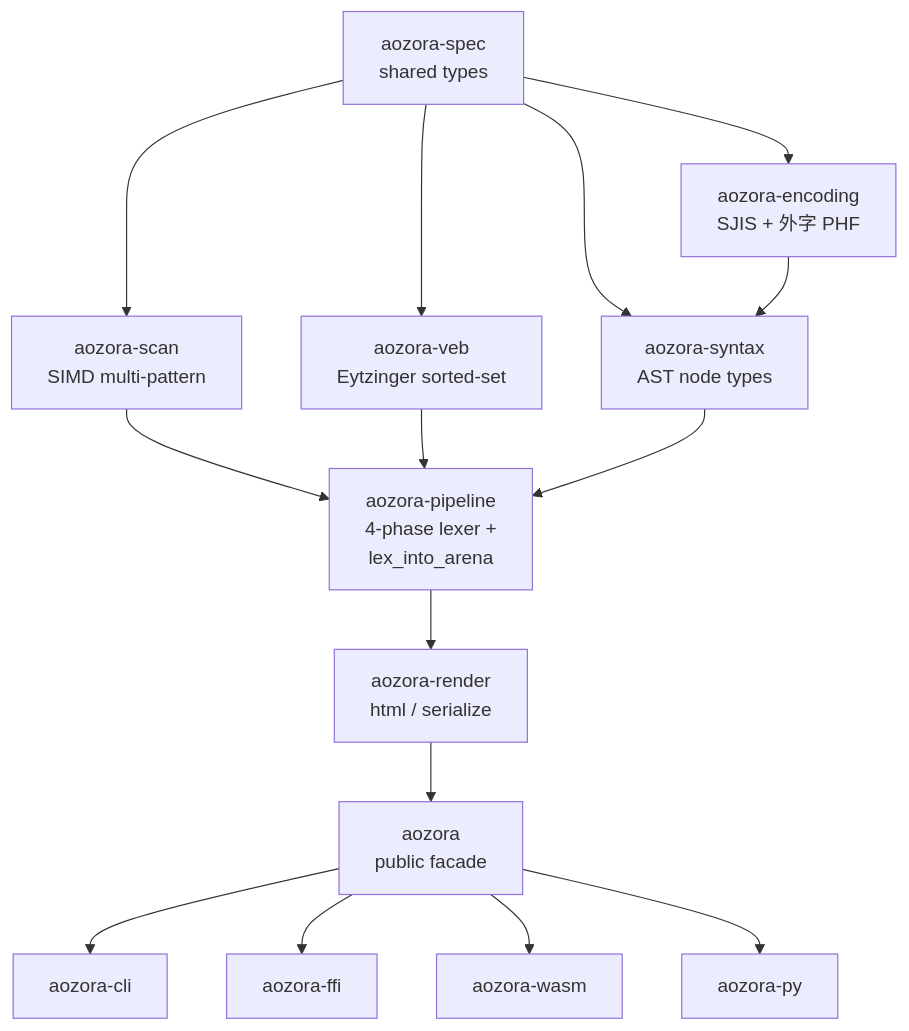
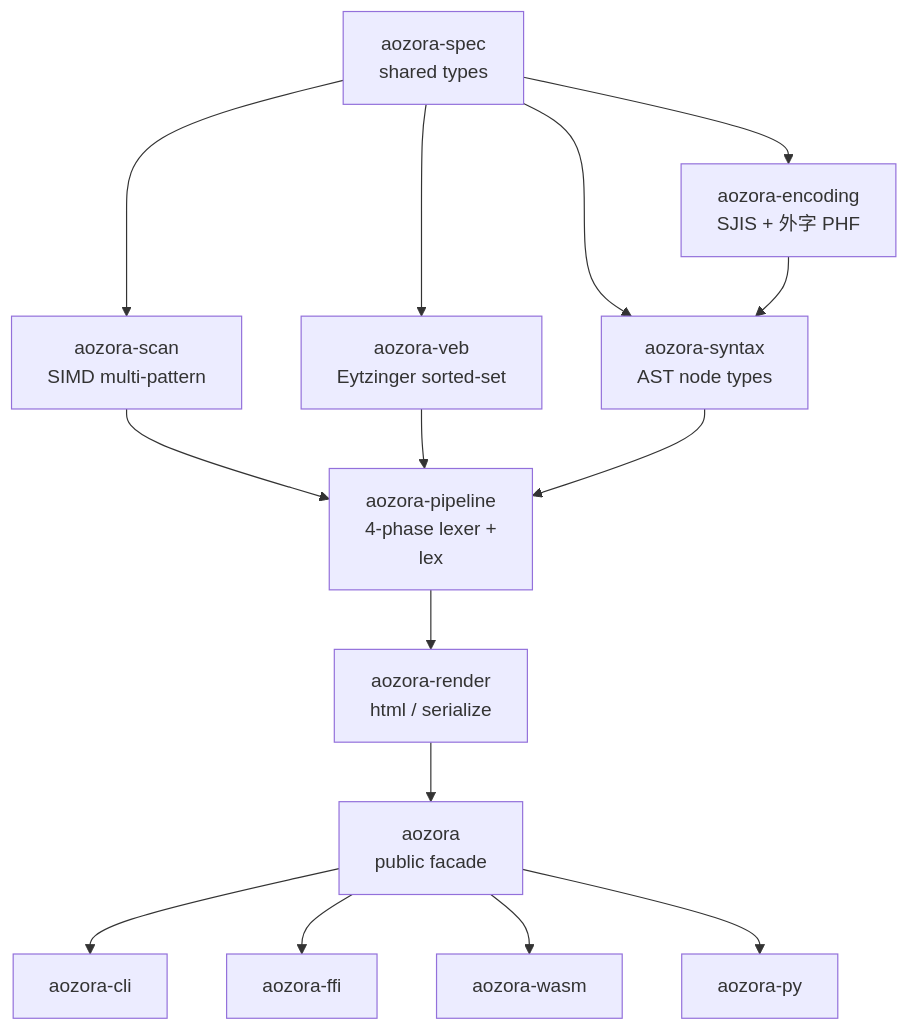
The second of 2 diagrams in crates/aozora-book/src/arch/pipeline.md (P4suta/aozora), drawn with Mermaid before and after one commit. The commit also changed other lines of this file and 491 other files, not shown here.

````diff
--- a/crates/aozora-book/src/arch/pipeline.md
+++ b/crates/aozora-book/src/arch/pipeline.md
@@ -29,30 +29,30 @@
 ```mermaid
 flowchart TD
     spec["aozora-spec<br/>shared types"]
     encoding["aozora-encoding<br/>SJIS + 外字 PHF"]
     scan["aozora-scan<br/>SIMD multi-pattern"]
     veb["aozora-veb<br/>Eytzinger sorted-set"]
     syntax["aozora-syntax<br/>AST node types"]
-    pipeline["aozora-pipeline<br/>4-phase lexer +<br/>lex_into_arena"]
+    pipeline["aozora-pipeline<br/>4-phase lexer +<br/>lex"]
     render["aozora-render<br/>html / serialize"]
     facade["aozora<br/>public facade"]
     cli["aozora-cli"]
     ffi["aozora-ffi"]
     wasm["aozora-wasm"]
     py["aozora-py"]
 
     spec --> encoding
     spec --> scan
     spec --> veb
     spec --> syntax
     encoding --> syntax
     scan --> pipeline
     veb --> pipeline
     syntax --> pipeline
     pipeline --> render
     render --> facade
     facade --> cli
     facade --> ffi
     facade --> wasm
     facade --> py
 ```
````
